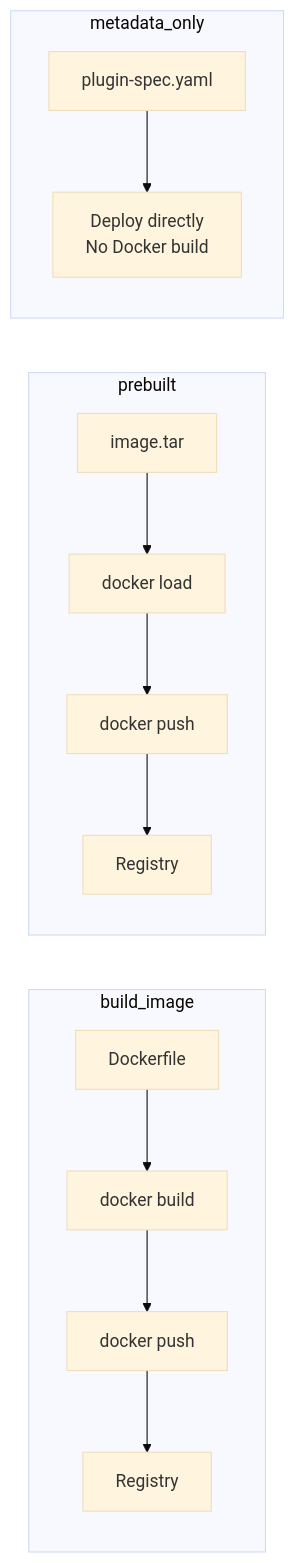
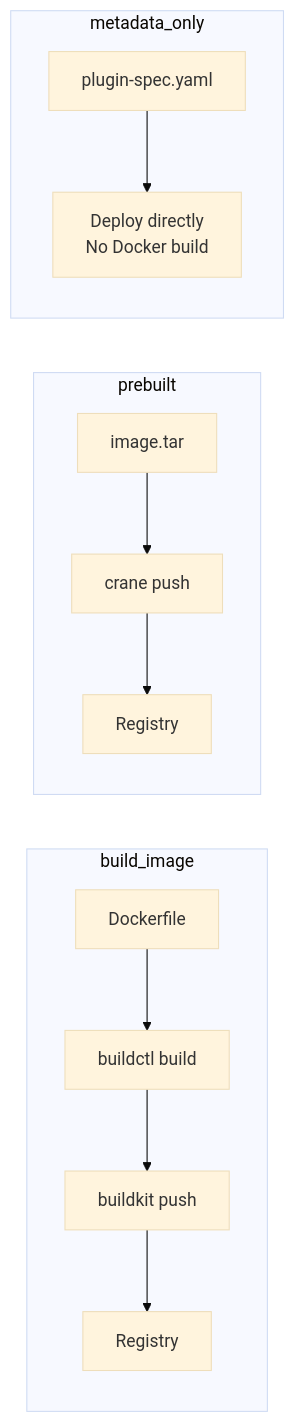
One commit to mwashburn160/pipeline-builder changed the fourth of 10 diagrams in docs/architecture-flow.md. Above: the diagram before and after it, drawn with Mermaid (base theme). The commit also changed other lines of this file and 69 other files, not shown here.

````diff
--- a/docs/architecture-flow.md
+++ b/docs/architecture-flow.md
@@ -93,14 +93,14 @@
 ```mermaid
 flowchart LR
     subgraph build_image
-        DF2[Dockerfile] --> Build[docker build] --> Push1[docker push] --> R1[Registry]
+        DF2[Dockerfile] --> Build[buildctl build] --> Push1[buildkit push] --> R1[Registry]
     end
 
     subgraph prebuilt
-        TAR2[image.tar] --> Load[docker load] --> Push2[docker push] --> R2[Registry]
+        TAR2[image.tar] --> Push2[crane push] --> R2[Registry]
     end
 
     subgraph metadata_only
         Spec2[plugin-spec.yaml] --> Direct[Deploy directly<br/>No Docker build]
     end
 ```
````
